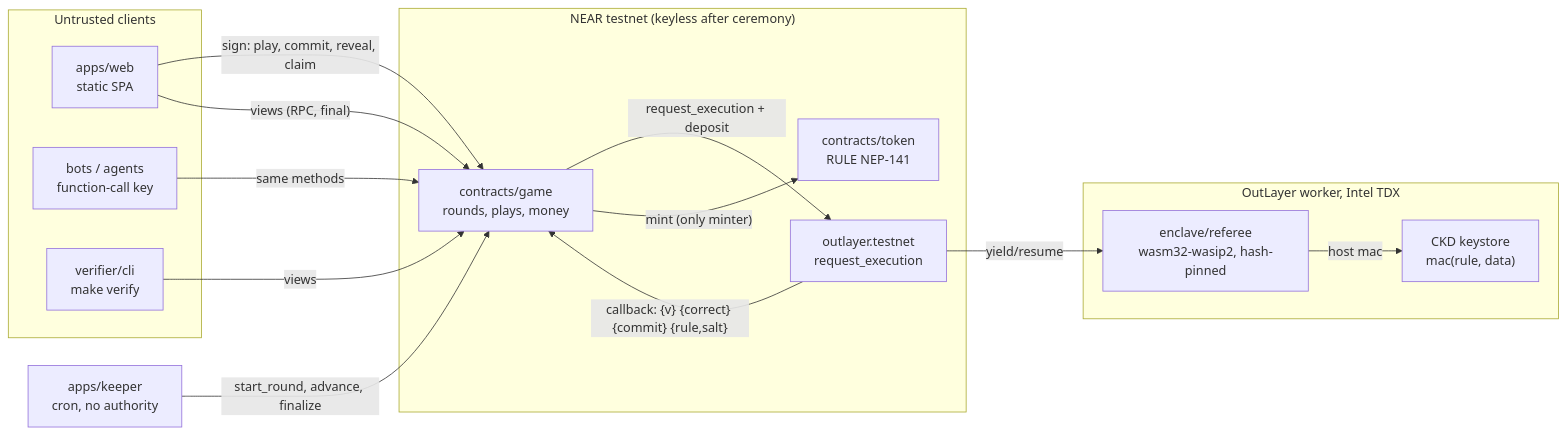
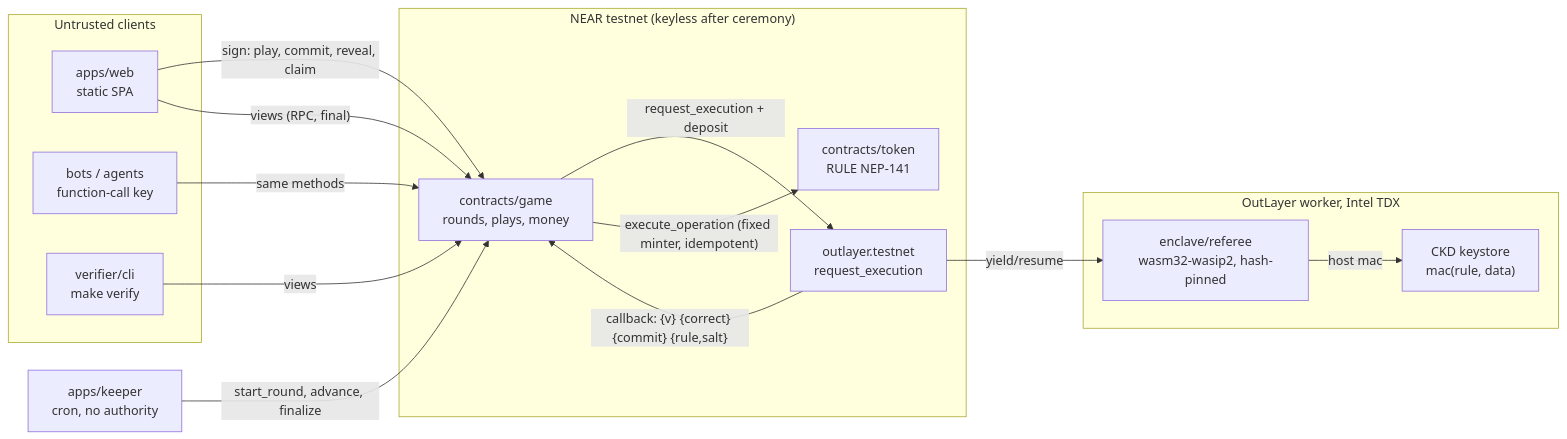
The first of 3 diagrams in docs/technical/ARCHITECTURE.md (Dylansius11/The-Rule), drawn with Mermaid before and after one commit. The commit also changed other lines of this file and 39 other files, not shown here.

````diff
--- a/docs/technical/ARCHITECTURE.md
+++ b/docs/technical/ARCHITECTURE.md
@@ -11,28 +11,28 @@
 ```mermaid
 flowchart LR
   subgraph Client["Untrusted clients"]
     Web["apps/web<br/>static SPA"]
     Agent["bots / agents<br/>function-call key"]
     CLI["verifier/cli<br/>make verify"]
   end
   Keeper["apps/keeper<br/>cron, no authority"]
   subgraph Chain["NEAR testnet (keyless after ceremony)"]
     Game["contracts/game<br/>rounds, plays, money"]
     Token["contracts/token<br/>RULE NEP-141"]
     OL["outlayer.testnet<br/>request_execution"]
   end
   subgraph TEE["OutLayer worker, Intel TDX"]
     Ref["enclave/referee<br/>wasm32-wasip2, hash-pinned"]
     KS["CKD keystore<br/>mac(rule, data)"]
   end
   Web -- "sign: play, commit, reveal, claim" --> Game
   Agent -- "same methods" --> Game
   Keeper -- "start_round, advance, finalize" --> Game
   Web -- "views (RPC, final)" --> Game
   CLI -- "views" --> Game
   Game -- "request_execution + deposit" --> OL
   OL -- "yield/resume" --> Ref
   Ref -- "host mac" --> KS
   OL -- "callback: {v} {correct} {commit} {rule,salt}" --> Game
-  Game -- "mint (only minter)" --> Token
+  Game -- "execute_operation (fixed minter, idempotent)" --> Token
 ```
````
